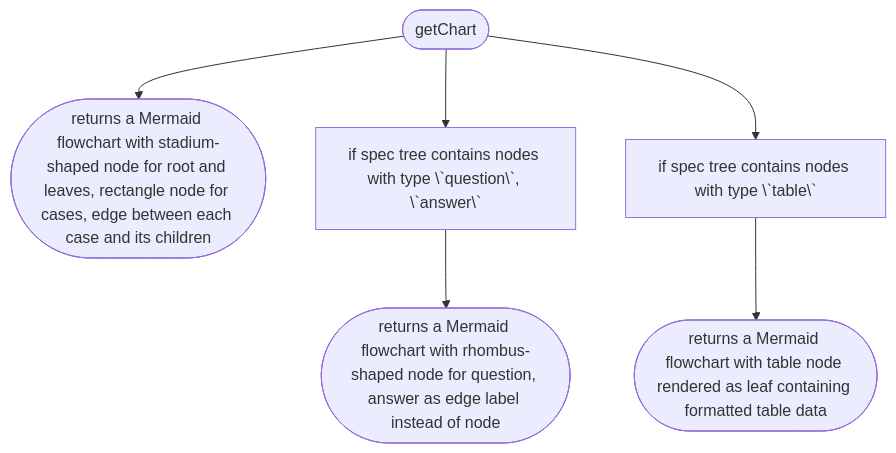
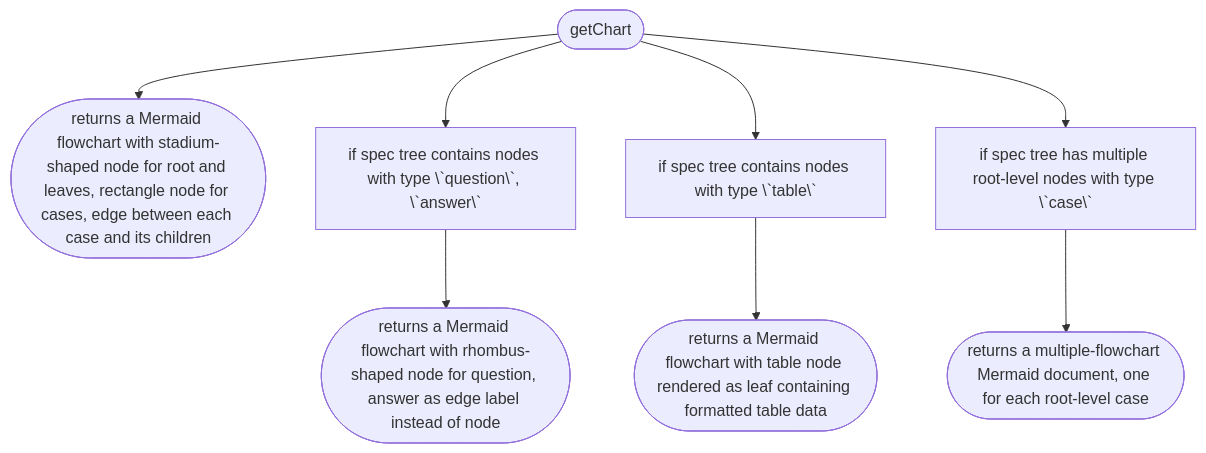
The sixth of 7 diagrams in speccharts.md (arnaudrenaud/speccharts), drawn with Mermaid before and after one commit. The commit also changed other lines of this file and 2 other files, not shown here.

Commit message:
Add tests to ensure spec file with multiple root-level `describe`s turns into multiple flowcharts in a single Mermaid document

````diff
--- a/speccharts.md
+++ b/speccharts.md
@@ -116,14 +116,18 @@
 ```mermaid
 flowchart TD
 N0(["getChart"])
 N1(["returns a Mermaid flowchart with stadium-shaped node for root and leaves, rectangle node for cases, edge between each case and its children"])
 N0 --> N1
 N2["if spec tree contains nodes with type \`question\`, \`answer\`"]
 N0 --> N2
 N3(["returns a Mermaid flowchart with rhombus-shaped node for question, answer as edge label instead of node"])
 N2 --> N3
 N4["if spec tree contains nodes with type \`table\`"]
 N0 --> N4
 N5(["returns a Mermaid flowchart with table node rendered as leaf containing formatted table data"])
 N4 --> N5
+N6["if spec tree has multiple root-level nodes with type \`case\`"]
+N0 --> N6
+N7(["returns a multiple-flowchart Mermaid document, one for each root-level case"])
+N6 --> N7
 ```
````
